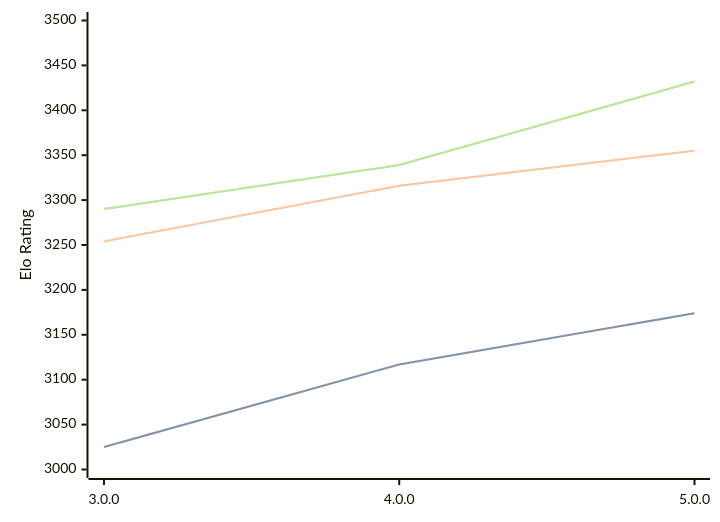
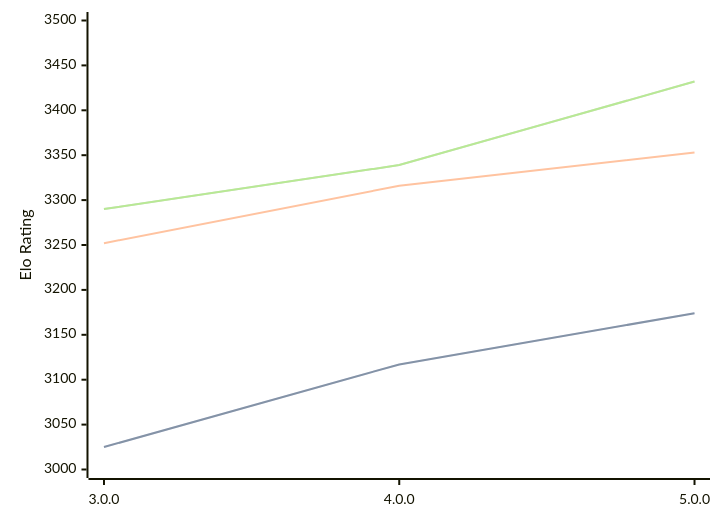
Before and after one commit to computer-chess-index/cci: the diagram in engines/Minke.md, drawn with Mermaid. The commit also changed other lines of this file, not shown here.

````diff
--- a/engines/Minke.md
+++ b/engines/Minke.md
@@ -33,11 +33,11 @@
 ```mermaid
 %%{init: {"theme":"base","themeVariables":{"seriesColors:['#a3a3a3','#222221','#faa371']}}}%%
 xychart-beta
   x-axis ["3.0.0", "4.0.0", "5.0.0"]
   y-axis "Elo Rating" 3000 --> 3500
   line "STC (8.0+0.08s)" [3025, 3117, 3174]
   line "STC (8.0+0.08s)" [3025, 3117, 3174]
-  line "LTC (60.0+0.60s)" [3254, 3316, 3355]
+  line "LTC (60.0+0.60s)" [3252, 3316, 3353]
   line "VLTC (2m24s+1.12s)" [3290, 3339, 3432]
   line "VLTC (2m24s+1.12s)" [3290, 3339, 3432]
 ```
````
